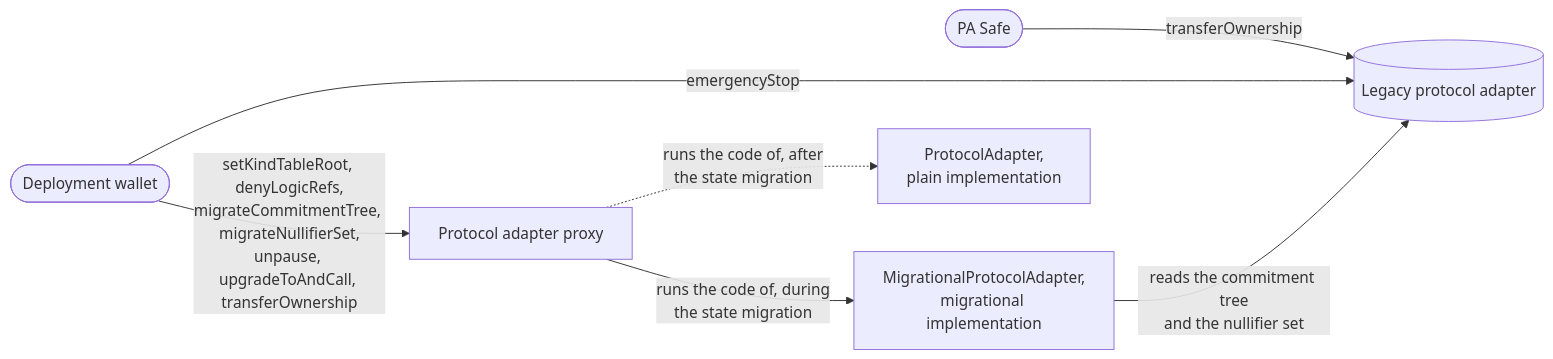
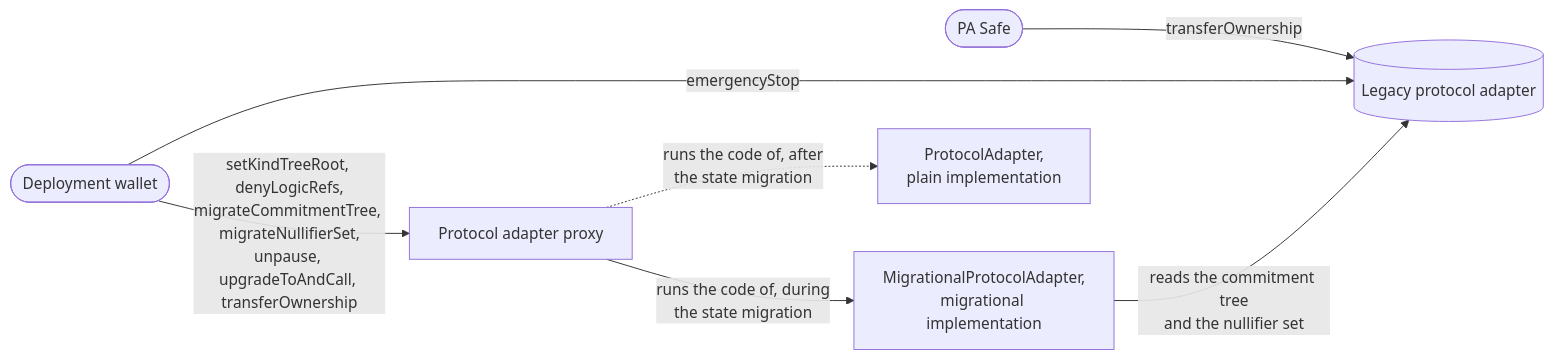
One commit to anoma/pa-evm changed the first of 3 diagrams in docs/01-state-migration.md. Above: the diagram before and after it, drawn with Mermaid. The commit also changed other lines of this file and 3 other files, not shown here.

Commit message:
docs: use the kind tree root names

````diff
--- a/docs/01-state-migration.md
+++ b/docs/01-state-migration.md
@@ -17,16 +17,16 @@
 ```mermaid
 flowchart LR
     pasafe([PA Safe])
     wallet([Deployment wallet])
     legacy[(Legacy protocol adapter)]
     proxy[Protocol adapter proxy]
     migrational[MigrationalProtocolAdapter,<br/>migrational implementation]
     plain[ProtocolAdapter,<br/>plain implementation]
 
     pasafe -->|transferOwnership| legacy
     wallet -->|emergencyStop| legacy
-    wallet -->|setKindTableRoot, denyLogicRefs,<br/>migrateCommitmentTree, migrateNullifierSet,<br/>unpause, upgradeToAndCall, transferOwnership| proxy
+    wallet -->|setKindTreeRoot, denyLogicRefs,<br/>migrateCommitmentTree, migrateNullifierSet,<br/>unpause, upgradeToAndCall, transferOwnership| proxy
     proxy -->|runs the code of, during<br/>the state migration| migrational
     proxy -.->|runs the code of, after<br/>the state migration| plain
     migrational -->|reads the commitment tree<br/>and the nullifier set| legacy
 ```
````
